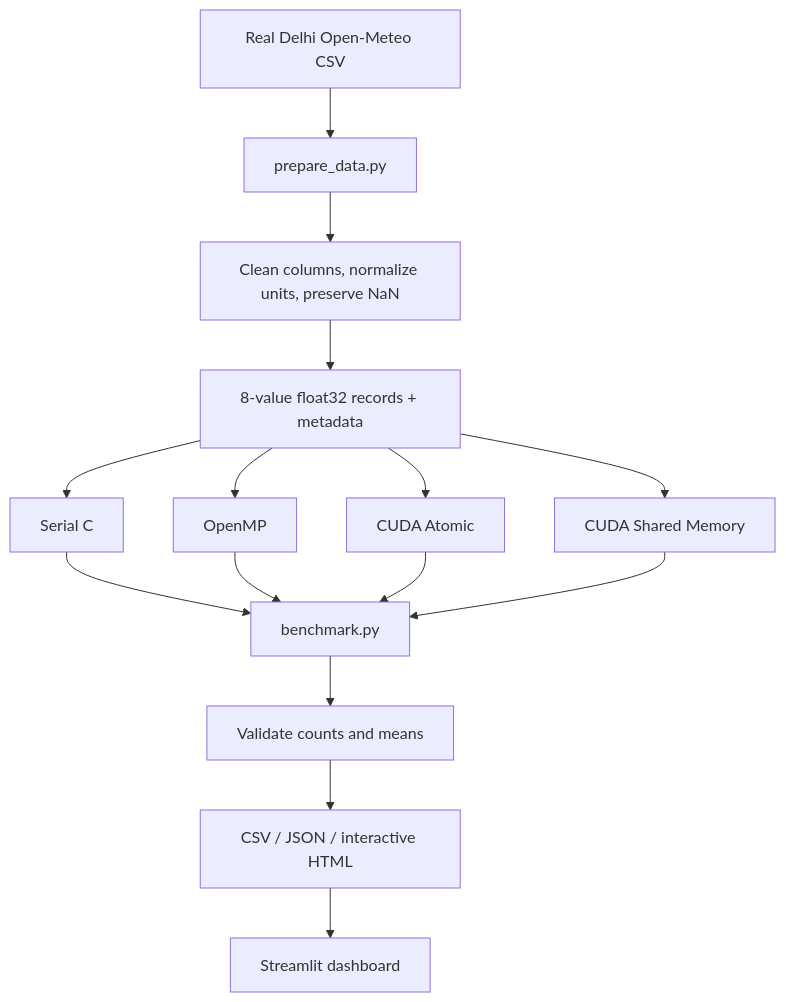
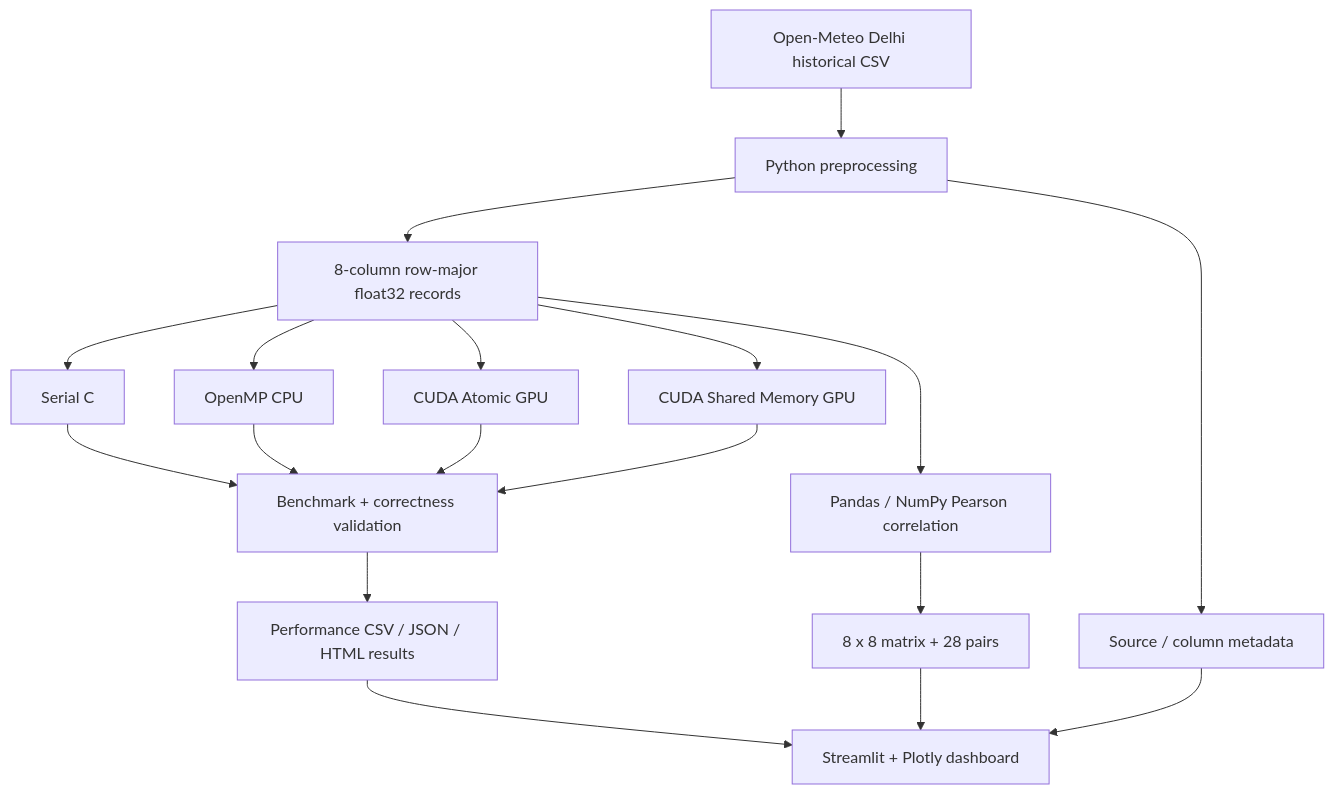
One commit to Aryanch2k3/Weather-Forecasting changed the diagram in README.md. Above: the diagram before and after it, drawn with Mermaid. The commit also changed other lines of this file, not shown here.

````diff
--- a/README.md
+++ b/README.md
@@ -123,17 +95,20 @@
 ```mermaid
 flowchart TD
-    A[Real Delhi Open-Meteo CSV] --> B[prepare_data.py]
-    B --> C[Clean columns, normalize units, preserve NaN]
-    C --> D[8-value float32 records + metadata]
-    D --> E[Serial C]
-    D --> F[OpenMP]
-    D --> G[CUDA Atomic]
-    D --> H[CUDA Shared Memory]
-    E --> I[benchmark.py]
-    F --> I
-    G --> I
-    H --> I
-    I --> J[Validate counts and means]
-    J --> K[CSV / JSON / interactive HTML]
-    K --> L[Streamlit dashboard]
+    A[Open-Meteo Delhi historical CSV] --> B[Python preprocessing]
+    B --> C[8-column row-major float32 records]
+    B --> M[Source / column metadata]
+    C --> D[Serial C]
+    C --> E[OpenMP CPU]
+    C --> F[CUDA Atomic GPU]
+    C --> G[CUDA Shared Memory GPU]
+    D --> H[Benchmark + correctness validation]
+    E --> H
+    F --> H
+    G --> H
+    H --> I[Performance CSV / JSON / HTML results]
+    C --> J[Pandas / NumPy Pearson correlation]
+    J --> K[8 x 8 matrix + 28 pairs]
+    I --> L[Streamlit + Plotly dashboard]
+    K --> L
+    M --> L
 ```
````
